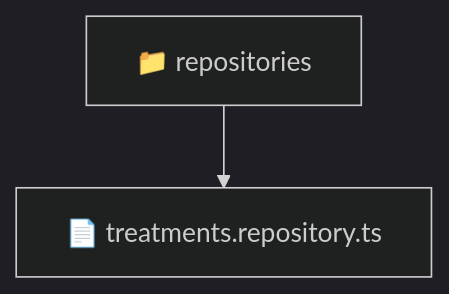
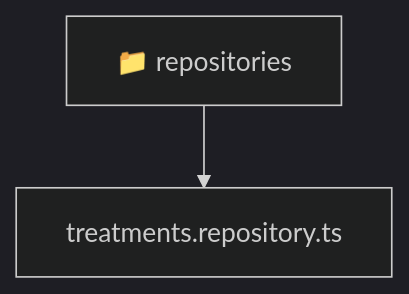
The diagram in backend/src/modules/treatments/infrastructure/repositories/README.md (beginwebdev2002/fullstack-mavluda), drawn with Mermaid (dark theme) before and after one commit. The commit also changed other lines of this file and 167 other files, not shown here.

````diff
--- a/backend/src/modules/treatments/infrastructure/repositories/README.md
+++ b/backend/src/modules/treatments/infrastructure/repositories/README.md
@@ -9,5 +9,6 @@
 ```mermaid
 graph TD
-  Root["📁 repositories"]
-  Root --> treatments_repository_ts["📄 treatments.repository.ts"]
+  Root_repositories["📁 repositories"]
+  f_treatments_repository_ts["treatments.repository.ts"]
+  Root_repositories --> f_treatments_repository_ts
 ```
````
